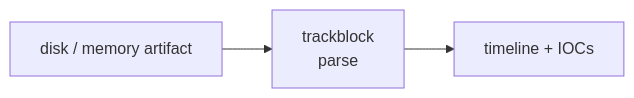
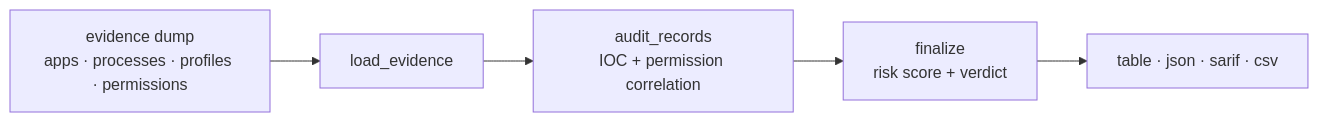
The diagram in README.md (cognis-digital/trackblock), drawn with Mermaid before and after one commit. The commit also changed other lines of this file and 10 other files, not shown here.

````diff
--- a/README.md
+++ b/README.md
@@ -155,5 +152,7 @@
 ```mermaid
 flowchart LR
-  IN[disk / memory artifact] --> P[trackblock<br/>parse]
-  P --> OUT[timeline + IOCs]
+  IN[evidence dump<br/>apps · processes · profiles · permissions] --> L[load_evidence]
+  L --> C[audit_records<br/>IOC + permission correlation]
+  C --> S[finalize<br/>risk score + verdict]
+  S --> OUT[table · json · sarif · csv]
 ```
````
